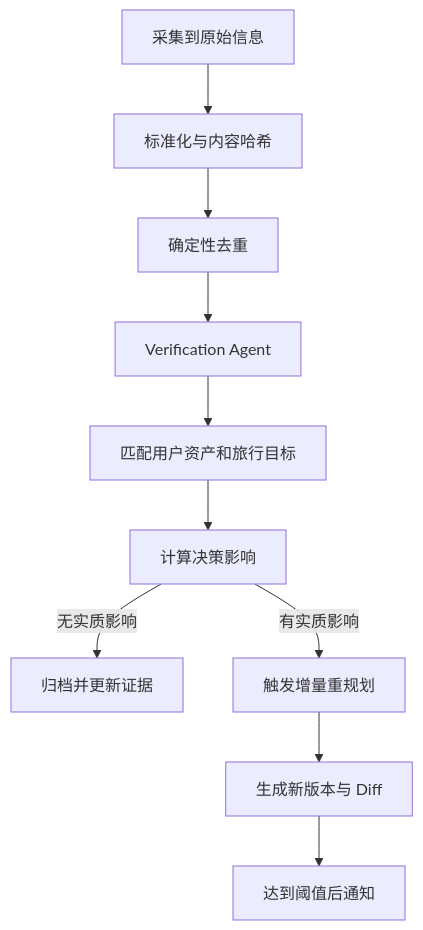
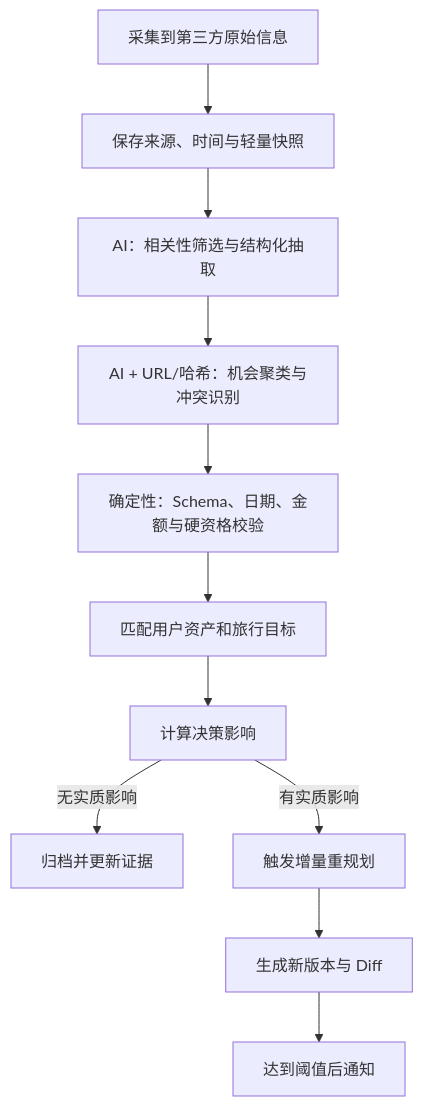
Before and after one commit to freezinlove/JourneyPlus: the fourth of 4 diagrams in doc/technical-baseline-initial.md, drawn with Mermaid. The commit also changed other lines of this file and 1 other file, not shown here.

````diff
--- a/doc/technical-baseline-initial.md
+++ b/doc/technical-baseline-initial.md
@@ -277,12 +281,13 @@
 ```mermaid
 flowchart TD
-    Ingest["采集到原始信息"] --> Normalize["标准化与内容哈希"]
-    Normalize --> Dedup["确定性去重"]
-    Dedup --> Verify["Verification Agent"]
-    Verify --> Match["匹配用户资产和旅行目标"]
+    Ingest["采集到第三方原始信息"] --> Snapshot["保存来源、时间与轻量快照"]
+    Snapshot --> Extract["AI：相关性筛选与结构化抽取"]
+    Extract --> Cluster["AI + URL/哈希：机会聚类与冲突识别"]
+    Cluster --> Validate["确定性：Schema、日期、金额与硬资格校验"]
+    Validate --> Match["匹配用户资产和旅行目标"]
     Match --> Materiality["计算决策影响"]
     Materiality -->|无实质影响| Archive["归档并更新证据"]
     Materiality -->|有实质影响| Replan["触发增量重规划"]
     Replan --> Diff["生成新版本与 Diff"]
     Diff --> Notify["达到阈值后通知"]
 ```
````
